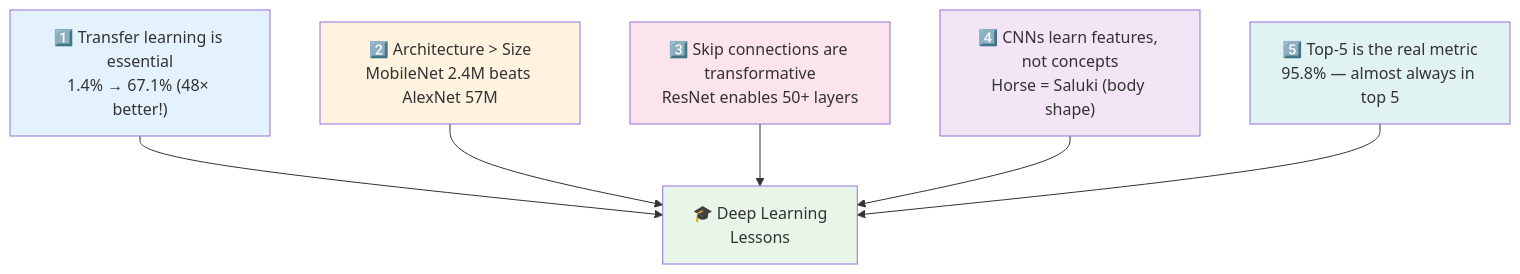
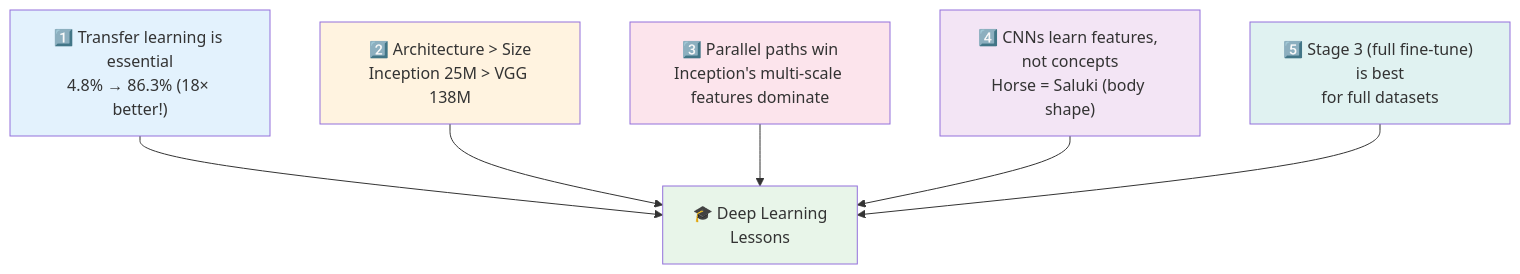
Before and after one commit to hadarwayn/L41-Which-dog-are-you-: diagram 28 of 31 in README.md, drawn with Mermaid. The commit also changed other lines of this file, not shown here.

First line of the commit message:
docs(readme): Update with Inception results — 86.3% accuracy (best model!)

````diff
--- a/README.md
+++ b/README.md
@@ -659,15 +691,15 @@
 ```mermaid
 flowchart TD
-    I1["1️⃣ Transfer learning is essential<br/>1.4% → 67.1% (48× better!)"] --> C["🎓 Deep Learning<br/>Lessons"]
-    I2["2️⃣ Architecture > Size<br/>MobileNet 2.4M beats AlexNet 57M"] --> C
-    I3["3️⃣ Skip connections are transformative<br/>ResNet enables 50+ layers"] --> C
+    I1["1️⃣ Transfer learning is essential<br/>4.8% → 86.3% (18× better!)"] --> C["🎓 Deep Learning<br/>Lessons"]
+    I2["2️⃣ Architecture > Size<br/>Inception 25M > VGG 138M"] --> C
+    I3["3️⃣ Parallel paths win<br/>Inception's multi-scale features dominate"] --> C
     I4["4️⃣ CNNs learn features, not concepts<br/>Horse = Saluki (body shape)"] --> C
-    I5["5️⃣ Top-5 is the real metric<br/>95.8% — almost always in top 5"] --> C
+    I5["5️⃣ Stage 3 (full fine-tune) is best<br/>for full datasets"] --> C
 
     style C fill:#e8f5e9
     style I1 fill:#e3f2fd
     style I2 fill:#fff3e0
     style I3 fill:#fce4ec
     style I4 fill:#f3e5f5
     style I5 fill:#e0f2f1
 ```
````
